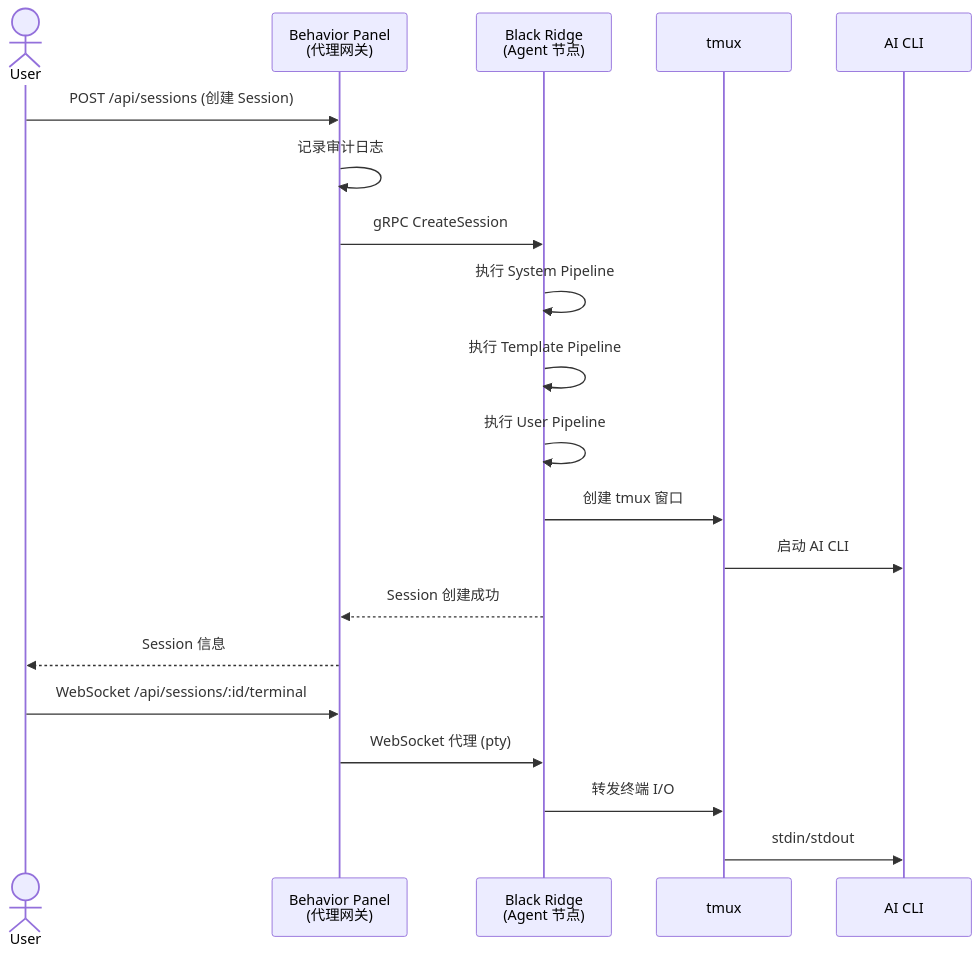
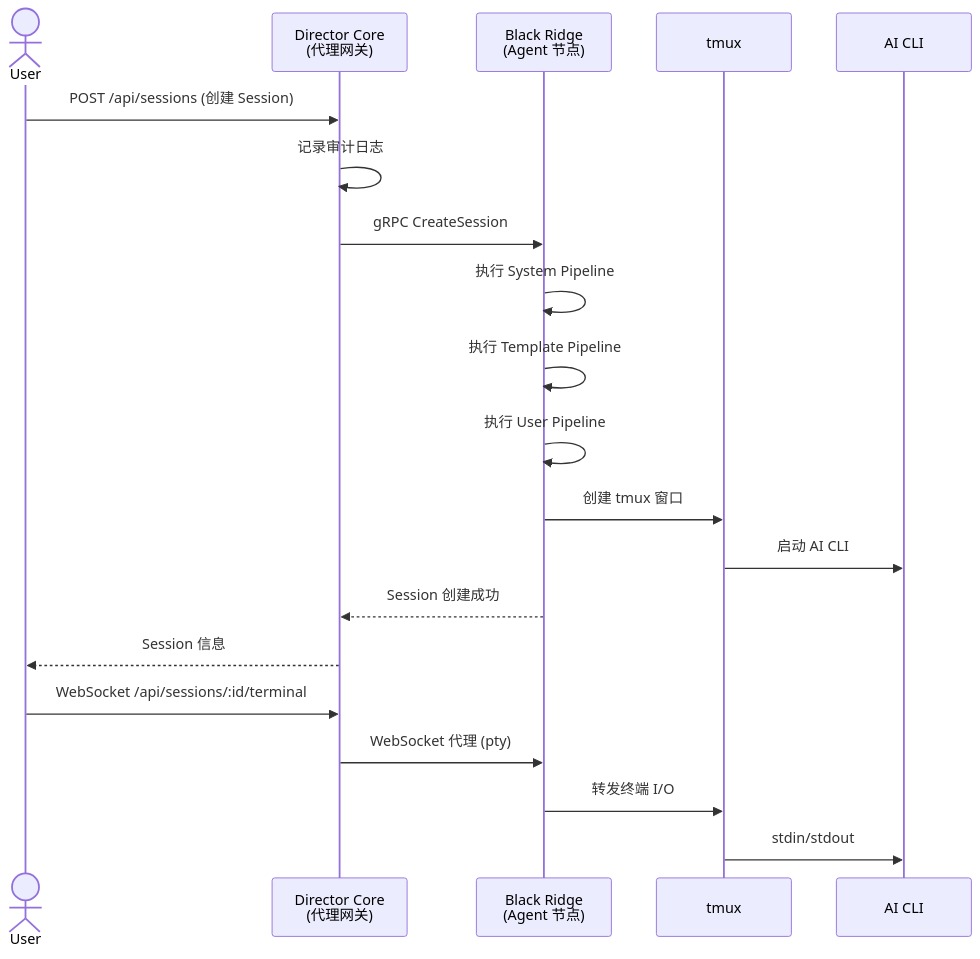
One commit to charviki/maze changed the fourth of 4 diagrams in docs/architecture.md. Above: the diagram before and after it, drawn with Mermaid. The commit also changed other lines of this file and 300 other files, not shown here.

````diff
--- a/docs/architecture.md
+++ b/docs/architecture.md
@@ -90,24 +90,24 @@
 ```mermaid
 sequenceDiagram
     actor User
-    participant BP as Behavior Panel<br/>(代理网关)
+    participant BP as Director Core<br/>(代理网关)
     participant BR as Black Ridge<br/>(Agent 节点)
     participant TM as tmux
     participant CLI as AI CLI
 
     User->>BP: POST /api/sessions (创建 Session)
     BP->>BP: 记录审计日志
     BP->>BR: gRPC CreateSession
     BR->>BR: 执行 System Pipeline
     BR->>BR: 执行 Template Pipeline
     BR->>BR: 执行 User Pipeline
     BR->>TM: 创建 tmux 窗口
     TM->>CLI: 启动 AI CLI
     BR-->>BP: Session 创建成功
     BP-->>User: Session 信息
 
     User->>BP: WebSocket /api/sessions/:id/terminal
     BP->>BR: WebSocket 代理 (pty)
     BR->>TM: 转发终端 I/O
     TM->>CLI: stdin/stdout
 ```
````
